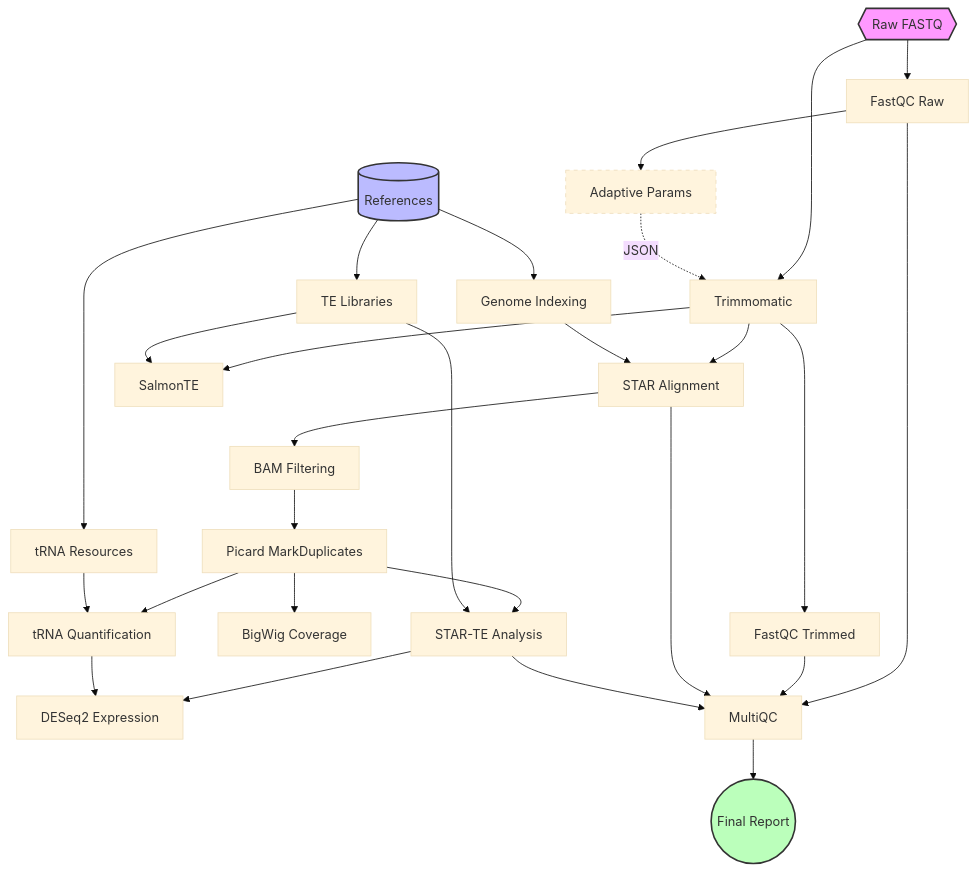
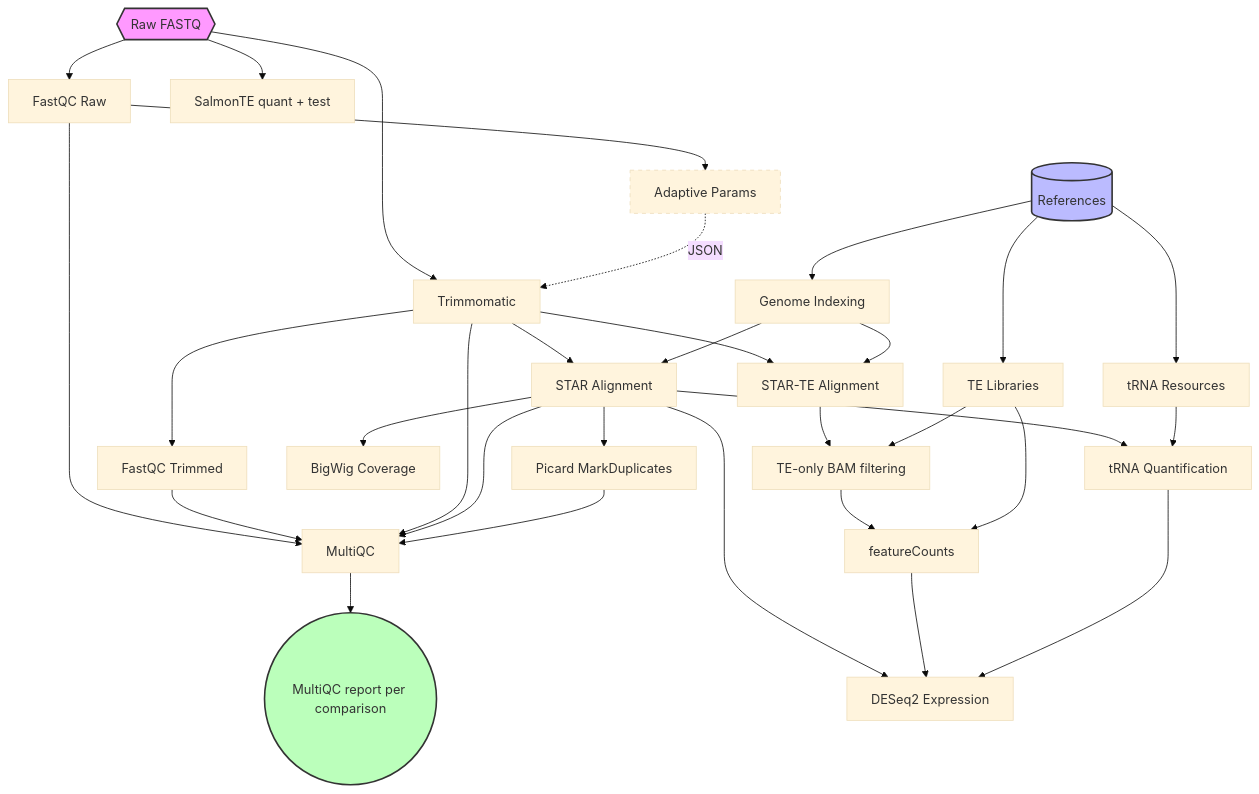
Before and after one commit to boulardlab/3t-seq: the diagram in docs/index.md, drawn with Mermaid (base theme). The commit also changed other lines of this file, not shown here.

Commit message:
docs(index): match the overview diagram to the rule graph
STAR-TE takes trimmed reads and the STAR index; filter_bam is the
STAR-TE TE-only filter feeding featureCounts. Picard, bamCoverage and
tRNA coverage take the STAR BAM; DESeq2 also runs on STAR gene counts.
MultiQC gets Trimmomatic and markdup stats but nothing from STAR-TE,
and writes one report per comparison. SalmonTE reads the raw FASTQ and
its own TE index, not trimmed reads and RepeatMasker.

Refs #50

````diff
--- a/docs/index.md
+++ b/docs/index.md
@@ -16,58 +16,62 @@
 ```mermaid
 graph TD
     %% Input Layer
     RAW{{Raw FASTQ}}
     REF[(References)]
 
     %% Reference Processing
     REF --> GENOME[Genome Indexing]
     REF --> TE_REF[TE Libraries]
     REF --> TRNA_REF[tRNA Resources]
 
     %% Initial QC
     RAW --> QC_RAW[FastQC Raw]
 
     %% Trimming
     QC_RAW --> TRIM_DERIVE[Adaptive Params]
     RAW --> TRIM[Trimmomatic]
     TRIM_DERIVE -.->|JSON| TRIM
 
     %% Trimmed QC
     TRIM --> QC_TRIM[FastQC Trimmed]
 
     %% Alignment Layer
     TRIM --> STAR[STAR Alignment]
     GENOME --> STAR
 
     %% Post-Alignment
-    STAR --> FILTER[BAM Filtering]
-    FILTER --> MARKDUP[Picard MarkDuplicates]
-    MARKDUP --> BW[BigWig Coverage]
+    STAR --> MARKDUP[Picard MarkDuplicates]
+    STAR --> BW[BigWig Coverage]
 
     %% Specialized Analysis
-    TRIM --> SALMON_TE[SalmonTE]
-    TE_REF --> SALMON_TE
+    RAW --> SALMON_TE[SalmonTE quant + test]
 
-    MARKDUP --> STAR_TE[STAR-TE Analysis]
-    TE_REF --> STAR_TE
+    TRIM --> STAR_TE[STAR-TE Alignment]
+    GENOME --> STAR_TE
+    STAR_TE --> FILTER[TE-only BAM filtering]
+    TE_REF --> FILTER
+    FILTER --> FC[featureCounts]
+    TE_REF --> FC
 
-    MARKDUP --> TRNA[tRNA Quantification]
+    STAR --> TRNA[tRNA Quantification]
     TRNA_REF --> TRNA
 
-    %% Quantification
-    STAR_TE --> DESEQ2[DESeq2 Expression]
+    %% Differential expression
+    STAR --> DESEQ2[DESeq2 Expression]
+    FC --> DESEQ2
     TRNA --> DESEQ2
 
     %% Reporting
     QC_RAW --> MULTIQC[MultiQC]
     QC_TRIM --> MULTIQC
+    TRIM --> MULTIQC
     STAR --> MULTIQC
-    STAR_TE --> MULTIQC
-    MULTIQC --> REPORT((Final Report))
+    MARKDUP --> MULTIQC
+    MULTIQC --> REPORT((MultiQC report per comparison))
 
     %% Styling
     style RAW fill:#f9f,stroke:#333,stroke-width:2px
     style REF fill:#bbf,stroke:#333,stroke-width:2px
     style REPORT fill:#bfb,stroke:#333,stroke-width:2px
     style TRIM_DERIVE stroke-dasharray: 5 5
 ```
````
